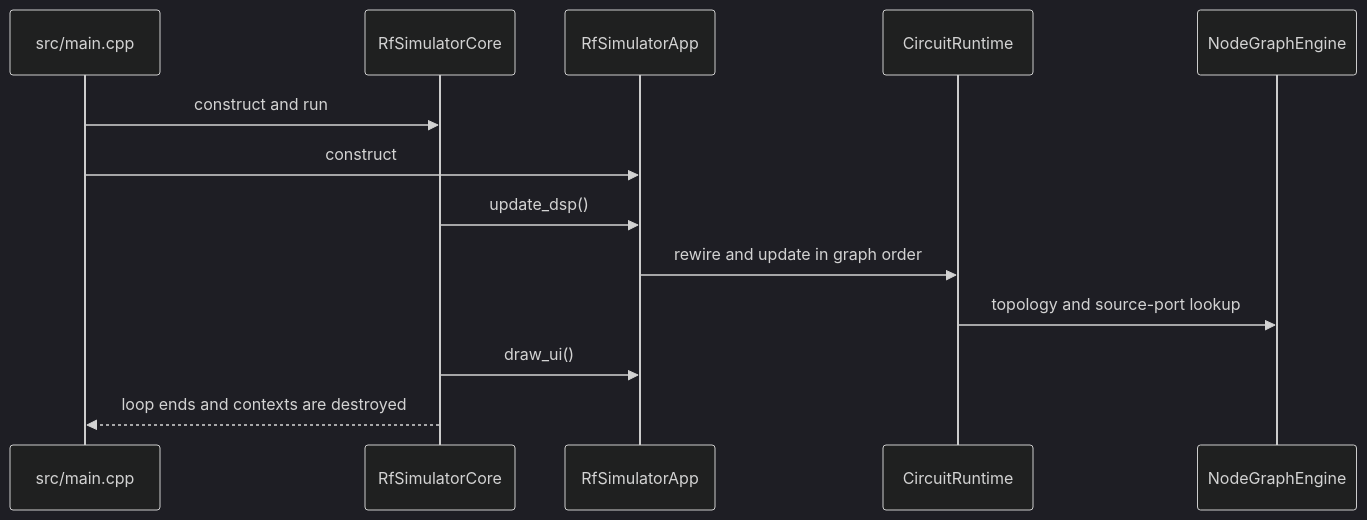
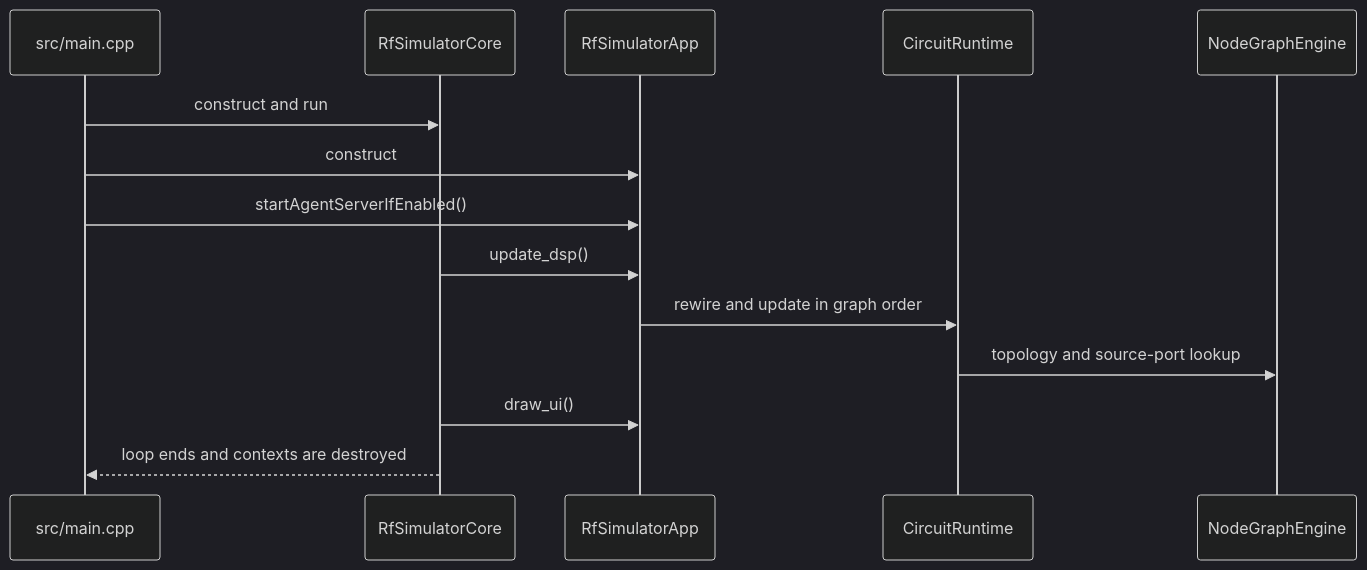
Before and after one commit to striderZA/Tiny-RF-Simulator: the diagram in openwiki/quickstart.md, drawn with Mermaid (dark theme). The commit also changed other lines of this file and 1 other file, not shown here.

First line of the commit message:
docs(wiki): refresh quickstart for the agent subsystem

````diff
--- a/openwiki/quickstart.md
+++ b/openwiki/quickstart.md
@@ -80,15 +88,16 @@
 ```mermaid
 sequenceDiagram
     participant Main as src/main.cpp
     participant Core as RfSimulatorCore
     participant App as RfSimulatorApp
     participant Runtime as CircuitRuntime
     participant Graph as NodeGraphEngine
     Main->>Core: construct and run
     Main->>App: construct
+    Main->>App: startAgentServerIfEnabled()
     Core->>App: update_dsp()
     App->>Runtime: rewire and update in graph order
     Runtime->>Graph: topology and source-port lookup
     Core->>App: draw_ui()
     Core-->>Main: loop ends and contexts are destroyed
 ```
````
